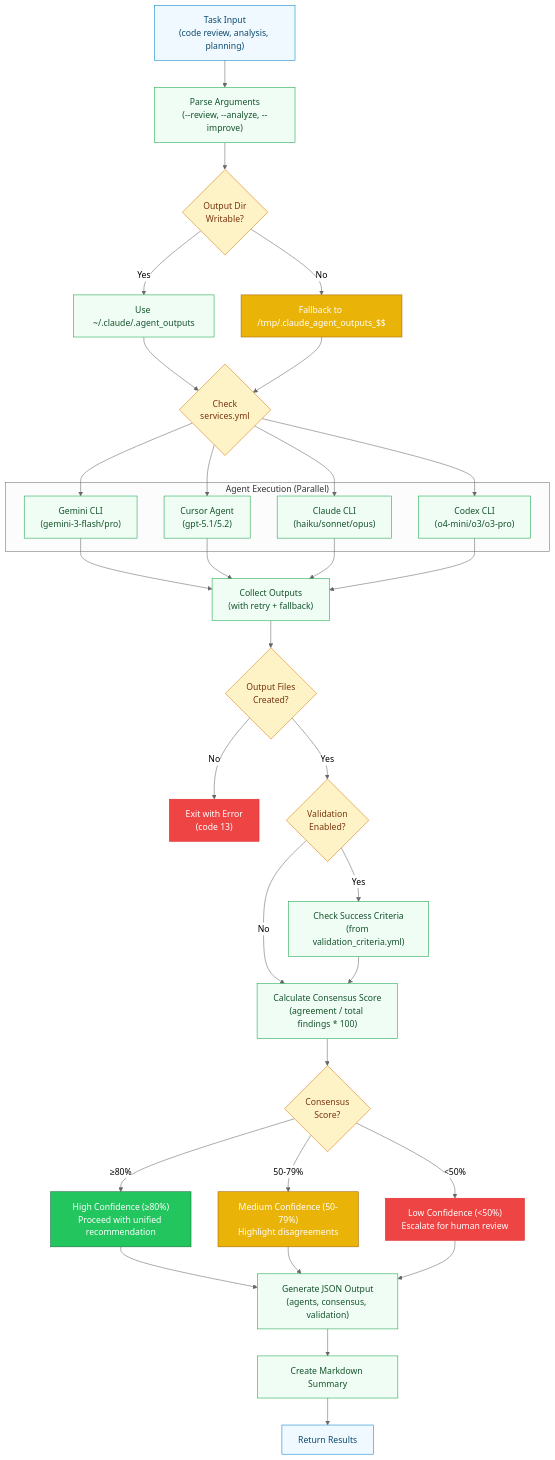
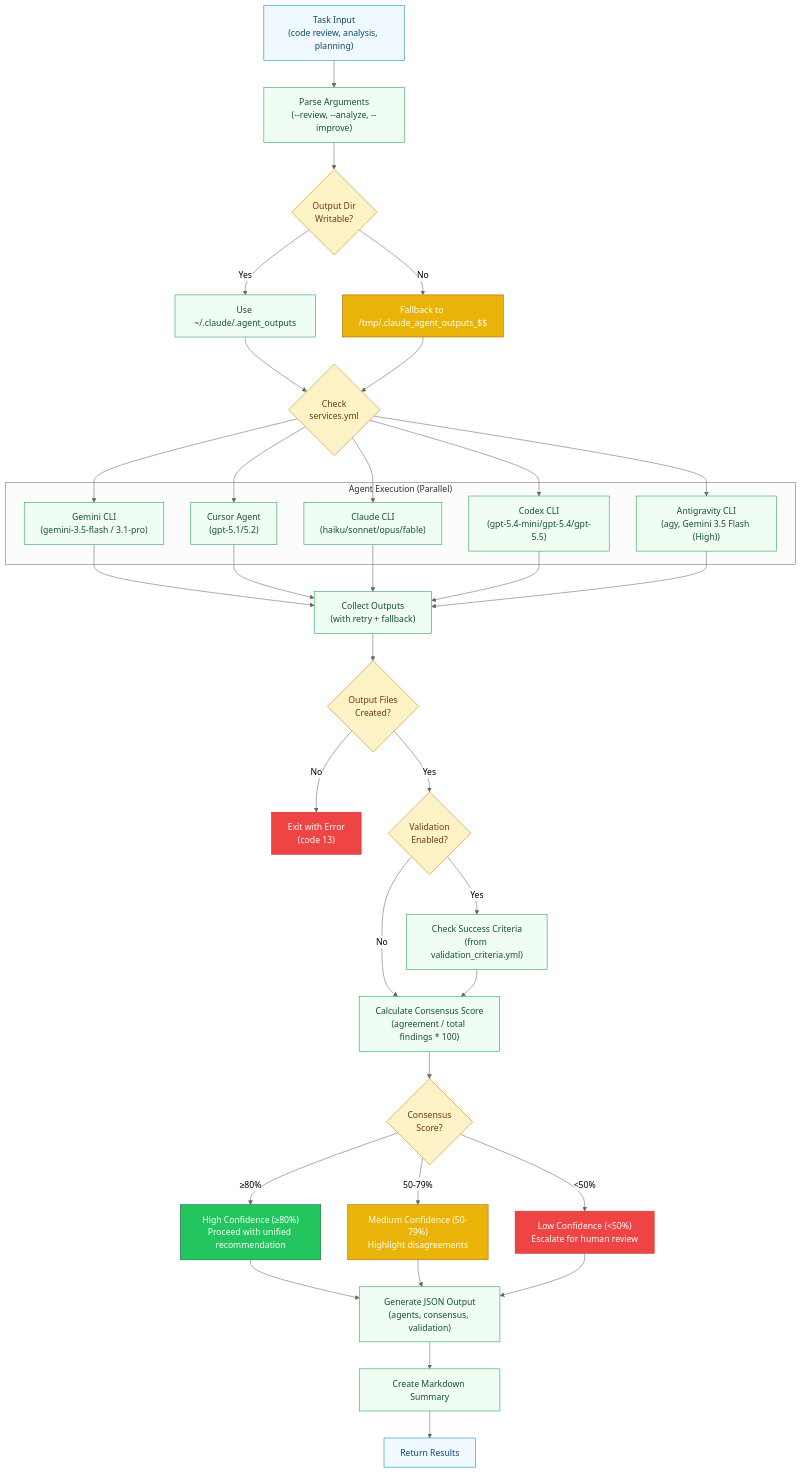
The sixth of 15 diagrams in docs/ARCHITECTURE_DIAGRAMS.md (RB-chrismandich/Manifest), drawn with Mermaid before and after one commit. The commit also changed other lines of this file and 56 other files, not shown here.

```diff
--- a/docs/ARCHITECTURE_DIAGRAMS.md
+++ b/docs/ARCHITECTURE_DIAGRAMS.md
@@ -533,10 +530,11 @@
     CHECK_SERVICES{"Check<br/>services.yml"}:::decision
 
     subgraph "Agent Execution (Parallel)"
-        GEMINI_EXEC["Gemini CLI<br/>(gemini-3-flash/pro)"]:::process
+        GEMINI_EXEC["Gemini CLI<br/>(gemini-3.5-flash / 3.1-pro)"]:::process
         CURSOR_EXEC["Cursor Agent<br/>(gpt-5.1/5.2)"]:::process
-        CLAUDE_EXEC["Claude CLI<br/>(haiku/sonnet/opus)"]:::process
-        CODEX_EXEC["Codex CLI<br/>(o4-mini/o3/o3-pro)"]:::process
+        CLAUDE_EXEC["Claude CLI<br/>(haiku/sonnet/opus/fable)"]:::process
+        CODEX_EXEC["Codex CLI<br/>(gpt-5.4-mini/gpt-5.4/gpt-5.5)"]:::process
+        AGY_EXEC["Antigravity CLI<br/>(agy, Gemini 3.5 Flash (High))"]:::process
     end
 
     COLLECT["Collect Outputs<br/>(with retry + fallback)"]:::process
@@ -570,11 +568,13 @@
     CHECK_SERVICES --> CURSOR_EXEC
     CHECK_SERVICES --> CLAUDE_EXEC
     CHECK_SERVICES --> CODEX_EXEC
+    CHECK_SERVICES --> AGY_EXEC
 
     GEMINI_EXEC --> COLLECT
     CURSOR_EXEC --> COLLECT
     CLAUDE_EXEC --> COLLECT
     CODEX_EXEC --> COLLECT
+    AGY_EXEC --> COLLECT
 
     COLLECT --> VERIFY_FILES
     VERIFY_FILES -->|No| FILE_ERROR
```
